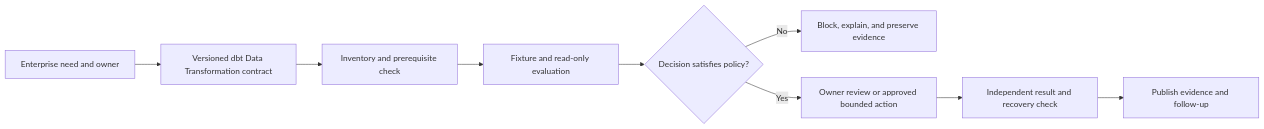
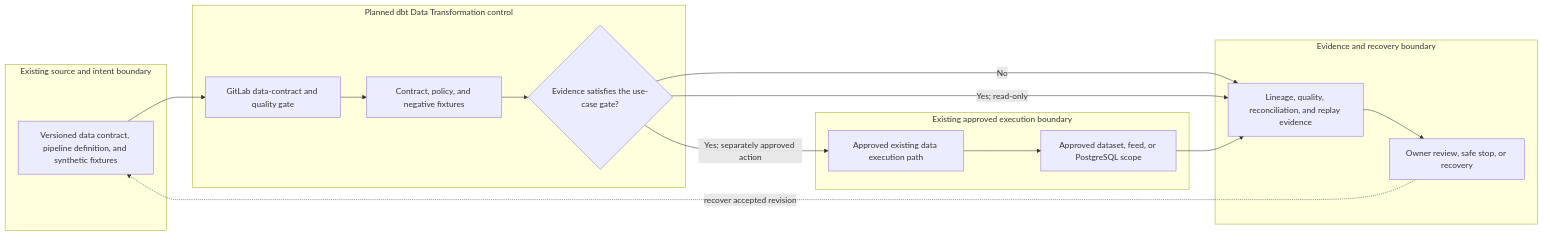
Before and after one commit to MIDHTECH/enterprise-architecture-docs: the diagram in docs/use-cases/data/UC-DATA-009-dbt-data-transformation.md, drawn with Mermaid. The commit also changed other lines of this file and 227 other files, not shown here.

Commit message:
Deepen architecture for all use case designs

````diff
--- a/docs/use-cases/data/UC-DATA-009-dbt-data-transformation.md
+++ b/docs/use-cases/data/UC-DATA-009-dbt-data-transformation.md
@@ -136,11 +129,25 @@
 ```mermaid
 flowchart LR
-    Need["Enterprise need and owner"] --> Contract["Versioned dbt Data Transformation contract"]
-    Contract --> Preflight["Inventory and prerequisite check"]
-    Preflight --> Evaluate["Fixture and read-only evaluation"]
-    Evaluate --> Decision{"Decision satisfies policy?"}
-    Decision -->|No| Stop["Block, explain, and preserve evidence"]
-    Decision -->|Yes| Review["Owner review or approved bounded action"]
-    Review --> Verify["Independent result and recovery check"]
-    Verify --> Publish["Publish evidence and follow-up"]
+    subgraph Source["Existing source and intent boundary"]
+        A["Versioned data contract, pipeline definition, and synthetic fixtures"]
+    end
+    subgraph Planned["Planned dbt Data Transformation control"]
+        B["GitLab data-contract and quality gate"]
+        C["Contract, policy, and negative fixtures"]
+        D{"Evidence satisfies the use-case gate?"}
+    end
+    subgraph Runtime["Existing approved execution boundary"]
+        E["Approved existing data execution path"]
+        F["Approved dataset, feed, or PostgreSQL scope"]
+    end
+    subgraph Assurance["Evidence and recovery boundary"]
+        G["Lineage, quality, reconciliation, and replay evidence"]
+        H["Owner review, safe stop, or recovery"]
+    end
+
+    A --> B --> C --> D
+    D -->|No| G --> H
+    D -->|Yes; read-only| G
+    D -->|Yes; separately approved action| E --> F --> G
+    H -. recover accepted revision .-> A
 ```
````
